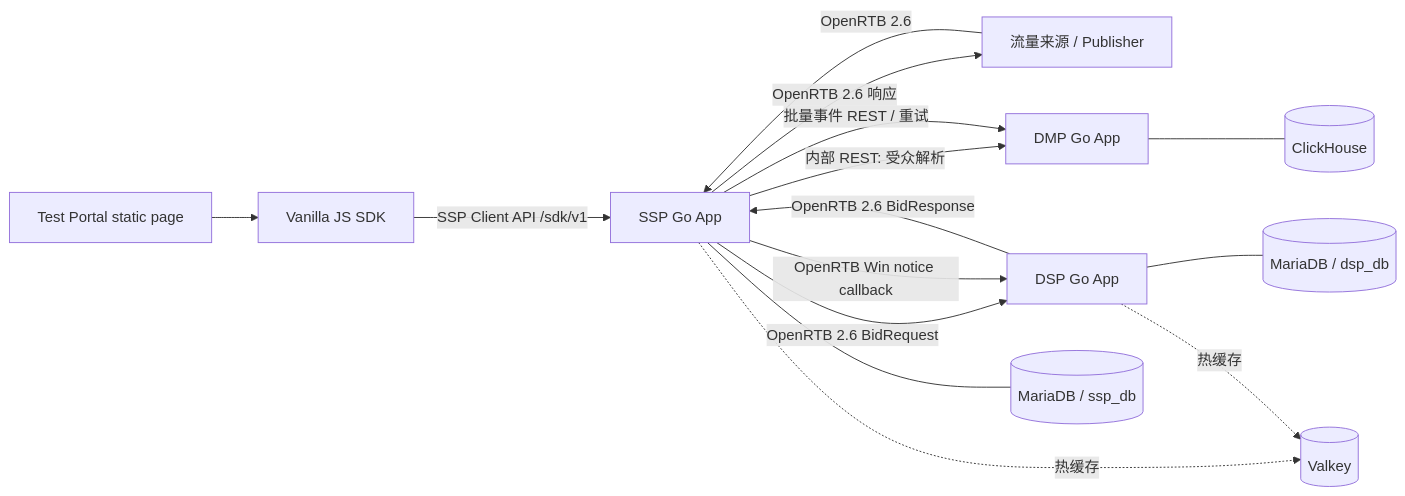
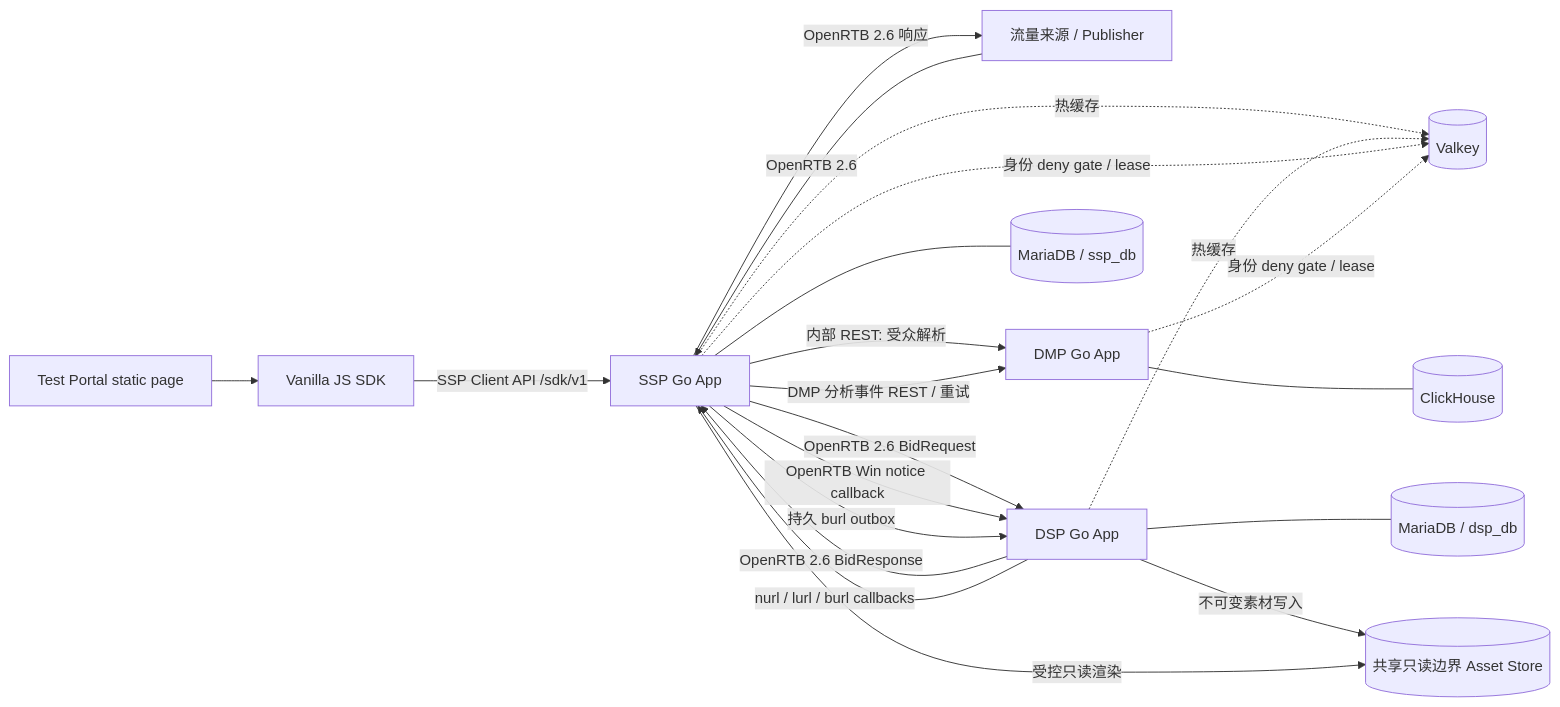
Before and after one commit to songfei1983/open-ads: the diagram in docs/design/README.md, drawn with Mermaid. The commit also changed other lines of this file and 9 other files, not shown here.

````diff
--- a/docs/design/README.md
+++ b/docs/design/README.md
@@ -118,17 +119,23 @@
 ```mermaid
 flowchart LR
   Portal[Test Portal static page] --> SDK[Vanilla JS SDK]
   SDK -->|SSP Client API /sdk/v1| SSP[SSP Go App]
   Supply[流量来源 / Publisher] -->|OpenRTB 2.6| SSP[SSP Go App]
   SSP -->|内部 REST: 受众解析| DMP[DMP Go App]
   SSP -->|OpenRTB 2.6 BidRequest| DSP[DSP Go App]
   DSP -->|OpenRTB 2.6 BidResponse| SSP
   SSP -->|OpenRTB Win notice callback| DSP
-  SSP -->|批量事件 REST / 重试| DMP
+  SSP -->|DMP 分析事件 REST / 重试| DMP
   SSP --- SSPDB[(MariaDB / ssp_db)]
   DSP --- DSPDB[(MariaDB / dsp_db)]
+  DSP -->|不可变素材写入| ASSET[(共享只读边界 Asset Store)]
+  SSP -->|受控只读渲染| ASSET
   SSP -. 热缓存 .-> VK[(Valkey)]
   DSP -. 热缓存 .-> VK
+  SSP -. 身份 deny gate / lease .-> VK
+  DMP -. 身份 deny gate / lease .-> VK
   DMP --- CH[(ClickHouse)]
+  DSP -->|nurl / lurl / burl callbacks| SSP
+  SSP -->|持久 burl outbox| DSP
   SSP -->|OpenRTB 2.6 响应| Supply
 ```
````
